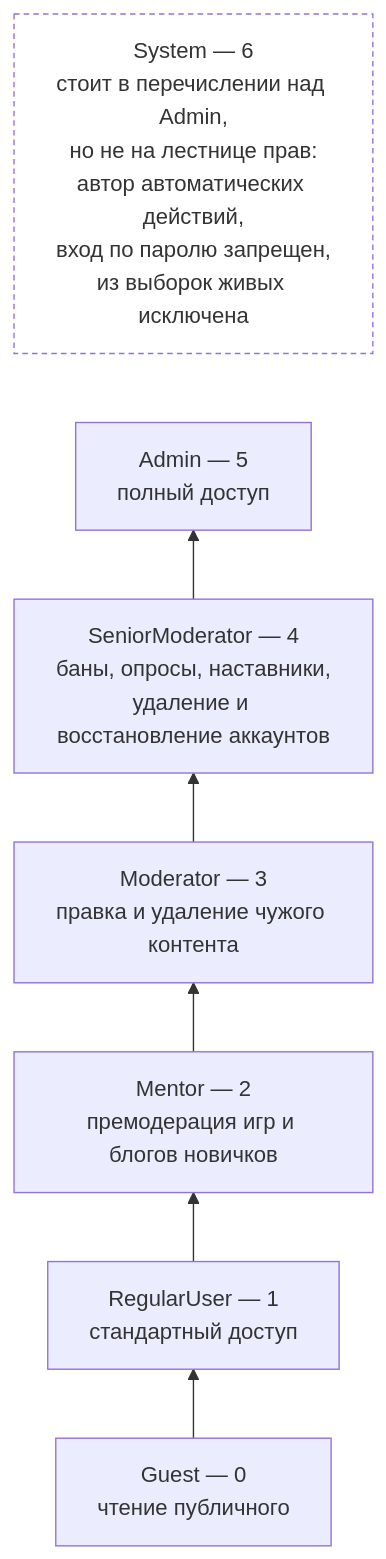
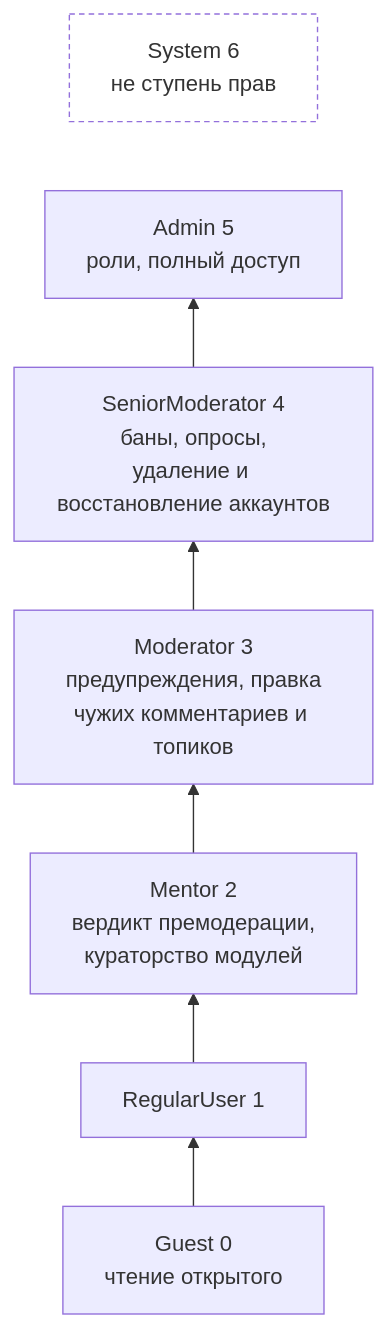
One commit to dm-am/dm3 changed the diagram in docs/architecture/AUTHORIZATION.md. Above: the diagram before and after it, drawn with Mermaid. The commit also changed other lines of this file and 4527 other files, not shown here.

````diff
--- a/docs/architecture/AUTHORIZATION.md
+++ b/docs/architecture/AUTHORIZATION.md
@@ -13,16 +9,16 @@
 ```mermaid
 flowchart BT
-    g["Guest — 0<br/>чтение публичного"]
-    u["RegularUser — 1<br/>стандартный доступ"]
-    me["Mentor — 2<br/>премодерация игр и блогов новичков"]
-    mo["Moderator — 3<br/>правка и удаление чужого контента"]
-    sm["SeniorModerator — 4<br/>баны, опросы, наставники,<br/>удаление и восстановление аккаунтов"]
-    ad["Admin — 5<br/>полный доступ"]
-    sys["System — 6<br/>стоит в перечислении над Admin,<br/>но не на лестнице прав:<br/>автор автоматических действий,<br/>вход по паролю запрещен,<br/>из выборок живых исключена"]
+    g["Guest 0<br/>чтение открытого"]
+    u["RegularUser 1"]
+    me["Mentor 2<br/>вердикт премодерации,<br/>кураторство модулей"]
+    mo["Moderator 3<br/>предупреждения, правка<br/>чужих комментариев и топиков"]
+    sm["SeniorModerator 4<br/>баны, опросы,<br/>удаление и восстановление аккаунтов"]
+    ad["Admin 5<br/>роли, полный доступ"]
+    sys["System 6<br/>не ступень прав"]
 
     g --> u --> me --> mo --> sm --> ad
     ad ~~~ sys
 
     classDef aside fill:transparent,stroke-dasharray: 4 3
     class sys aside
 ```
````
